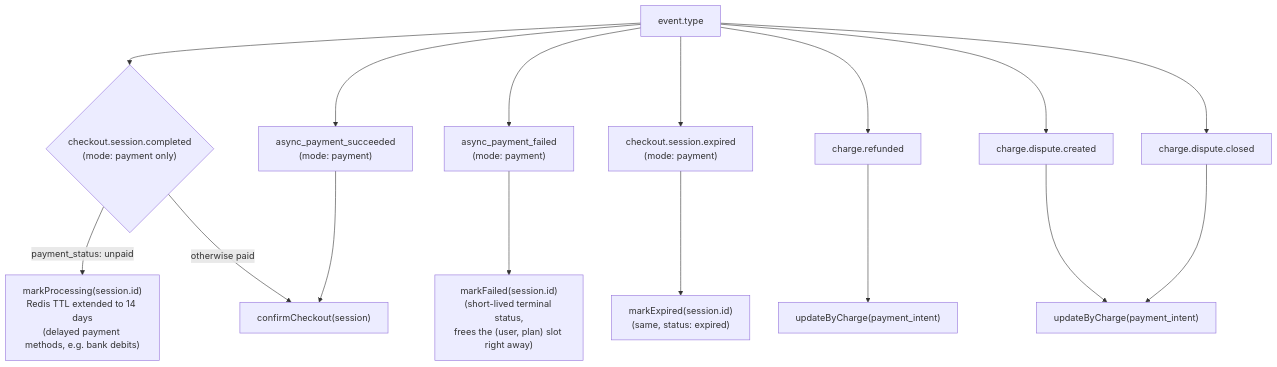
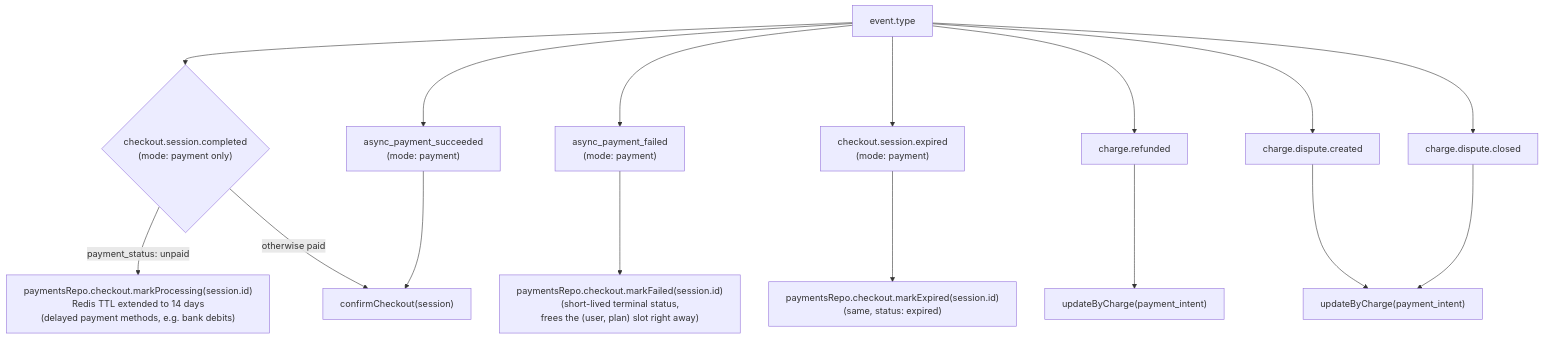
One commit to FranciscoAVD/backend changed the fourth of 7 diagrams in src/features/payments/CONTROL_FLOW.md. Above: the diagram before and after it, drawn with Mermaid. The commit also changed other lines of this file, not shown here.

Commit message:
Sync CONTROL_FLOW.md diagrams with paymentsRepo.checkout.* call sites
The diagrams still showed webhook.ts/route.ts calling lib/pending-checkout.ts
functions directly (getPendingCheckout, markProcessing, markFailed,
markExpired, removePendingCheckout, hasActivePendingCheckout) - stale since
the previous commit routed those calls through paymentsRepo.checkout.*.

````diff
--- a/src/features/payments/CONTROL_FLOW.md
+++ b/src/features/payments/CONTROL_FLOW.md
@@ -131,14 +131,14 @@
 ```mermaid
 flowchart TD
     E["event.type"] --> CSC{"checkout.session.completed\n(mode: payment only)"}
-    CSC -- payment_status: unpaid --> MarkProcessing["markProcessing(session.id)\nRedis TTL extended to 14 days\n(delayed payment methods, e.g. bank debits)"]
+    CSC -- payment_status: unpaid --> MarkProcessing["paymentsRepo.checkout.markProcessing(session.id)\nRedis TTL extended to 14 days\n(delayed payment methods, e.g. bank debits)"]
     CSC -- otherwise paid --> Confirm["confirmCheckout(session)"]
 
     E --> APS["async_payment_succeeded\n(mode: payment)"] --> Confirm
-    E --> APF["async_payment_failed\n(mode: payment)"] --> MarkFailed["markFailed(session.id)\n(short-lived terminal status,\nfrees the (user, plan) slot right away)"]
-    E --> Exp["checkout.session.expired\n(mode: payment)"] --> MarkExpired["markExpired(session.id)\n(same, status: expired)"]
+    E --> APF["async_payment_failed\n(mode: payment)"] --> MarkFailed["paymentsRepo.checkout.markFailed(session.id)\n(short-lived terminal status,\nfrees the (user, plan) slot right away)"]
+    E --> Exp["checkout.session.expired\n(mode: payment)"] --> MarkExpired["paymentsRepo.checkout.markExpired(session.id)\n(same, status: expired)"]
 
     E --> Ref["charge.refunded"] --> UpdByCharge1["updateByCharge(payment_intent)"]
     E --> DispC["charge.dispute.created"] --> UpdByCharge2["updateByCharge(payment_intent)"]
     E --> DispX["charge.dispute.closed"] --> UpdByCharge2
 ```
````
